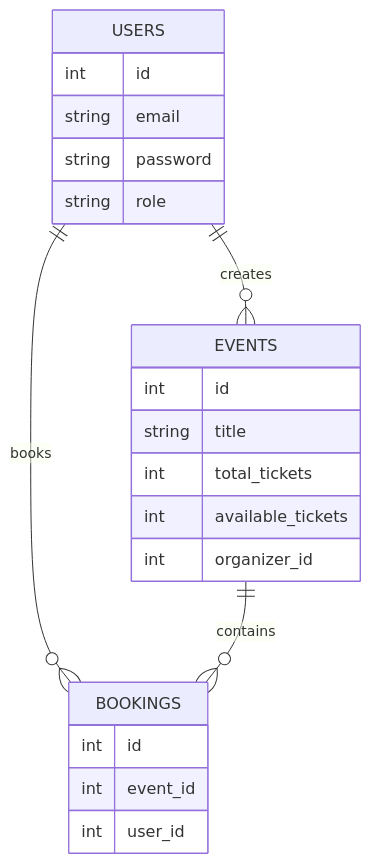
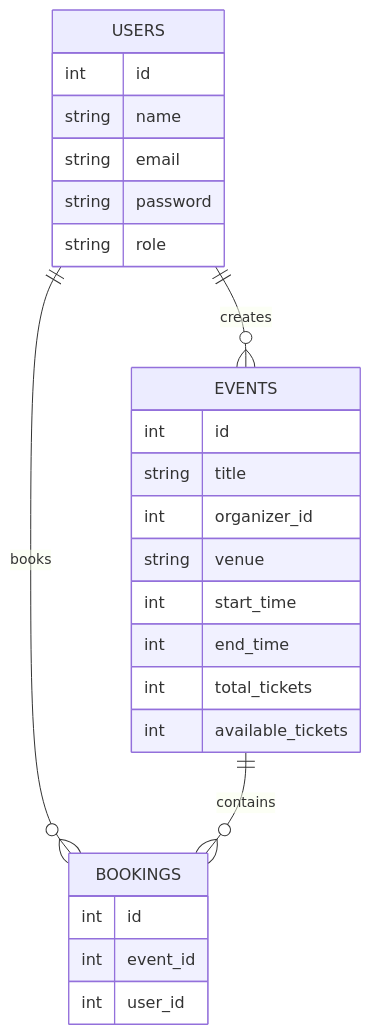
One commit to Parshant679/event-booking changed the fourth of 4 diagrams in README.md. Above: the diagram before and after it, drawn with Mermaid.

Commit message:
Update EVENTS entity in README mermaid diagram
Added 'organizer_id' and 'venue' fields to EVENTS entity in the diagram.

````diff
--- a/README.md
+++ b/README.md
@@ -125,27 +125,31 @@
 ```mermaid
 erDiagram
     USERS {
         int id
+        string name
         string email
         string password
         string role
     }
 
     EVENTS {
         int id
         string title
+        int organizer_id
+        string venue
+        int start_time
+        int end_time 
         int total_tickets
         int available_tickets
-        int organizer_id
     }
 
     BOOKINGS {
         int id
         int event_id
         int user_id
     }
 
     USERS ||--o{ EVENTS : creates
     USERS ||--o{ BOOKINGS : books
     EVENTS ||--o{ BOOKINGS : contains
 ```
````
